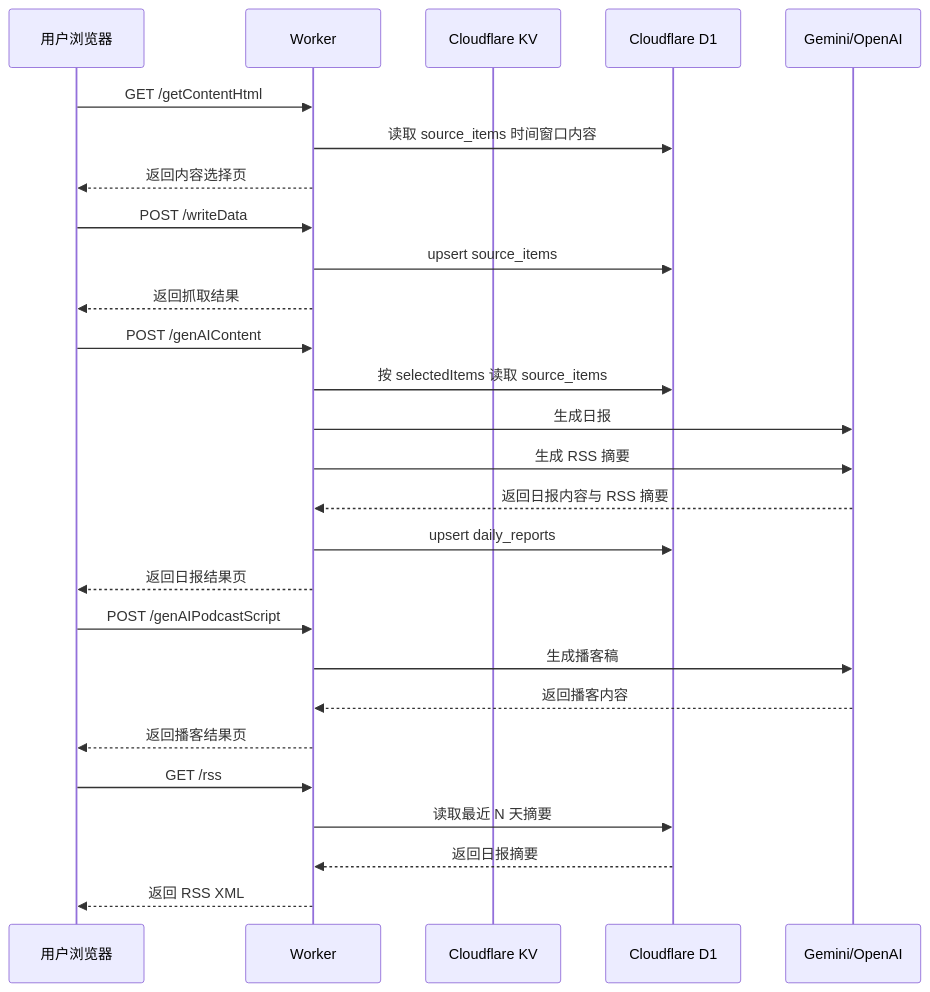
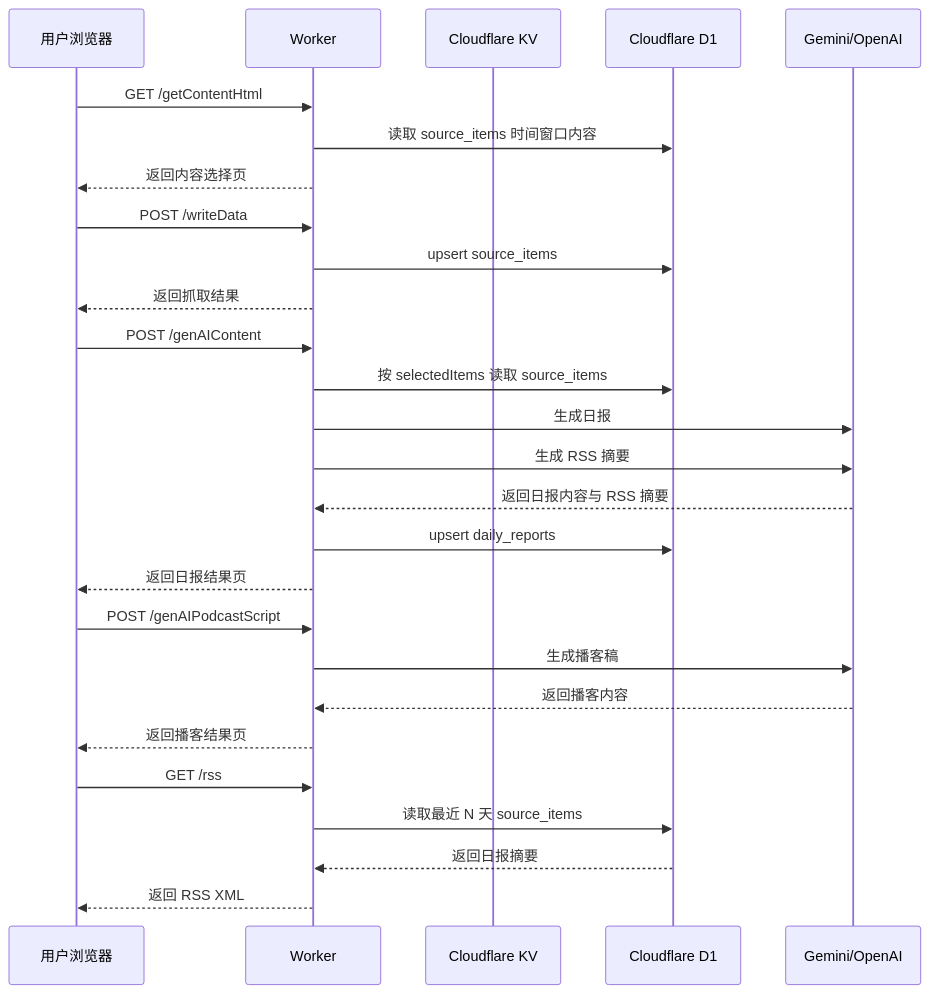
One commit to wenson/CloudFlare-AI-Insight-Daily changed the second of 2 diagrams in docs/API_ROUTES.md. Above: the diagram before and after it, drawn with Mermaid. The commit also changed other lines of this file and 7 other files, not shown here.

Commit message:
feat: serve rss from source items

````diff
--- a/docs/API_ROUTES.md
+++ b/docs/API_ROUTES.md
@@ -28,34 +28,34 @@
 ```mermaid
 sequenceDiagram
     participant U as 用户浏览器
     participant W as Worker
     participant KV as Cloudflare KV
     participant D1 as Cloudflare D1
     participant AI as Gemini/OpenAI
 
     U->>W: GET /getContentHtml
     W->>D1: 读取 source_items 时间窗口内容
     W-->>U: 返回内容选择页
 
     U->>W: POST /writeData
     W->>D1: upsert source_items
     W-->>U: 返回抓取结果
 
     U->>W: POST /genAIContent
     W->>D1: 按 selectedItems 读取 source_items
     W->>AI: 生成日报
     W->>AI: 生成 RSS 摘要
     AI-->>W: 返回日报内容与 RSS 摘要
     W->>D1: upsert daily_reports
     W-->>U: 返回日报结果页
 
     U->>W: POST /genAIPodcastScript
     W->>AI: 生成播客稿
     AI-->>W: 返回播客内容
     W-->>U: 返回播客结果页
 
     U->>W: GET /rss
-    W->>D1: 读取最近 N 天摘要
+    W->>D1: 读取最近 N 天 source_items
     D1-->>W: 返回日报摘要
     W-->>U: 返回 RSS XML
 ```
````
